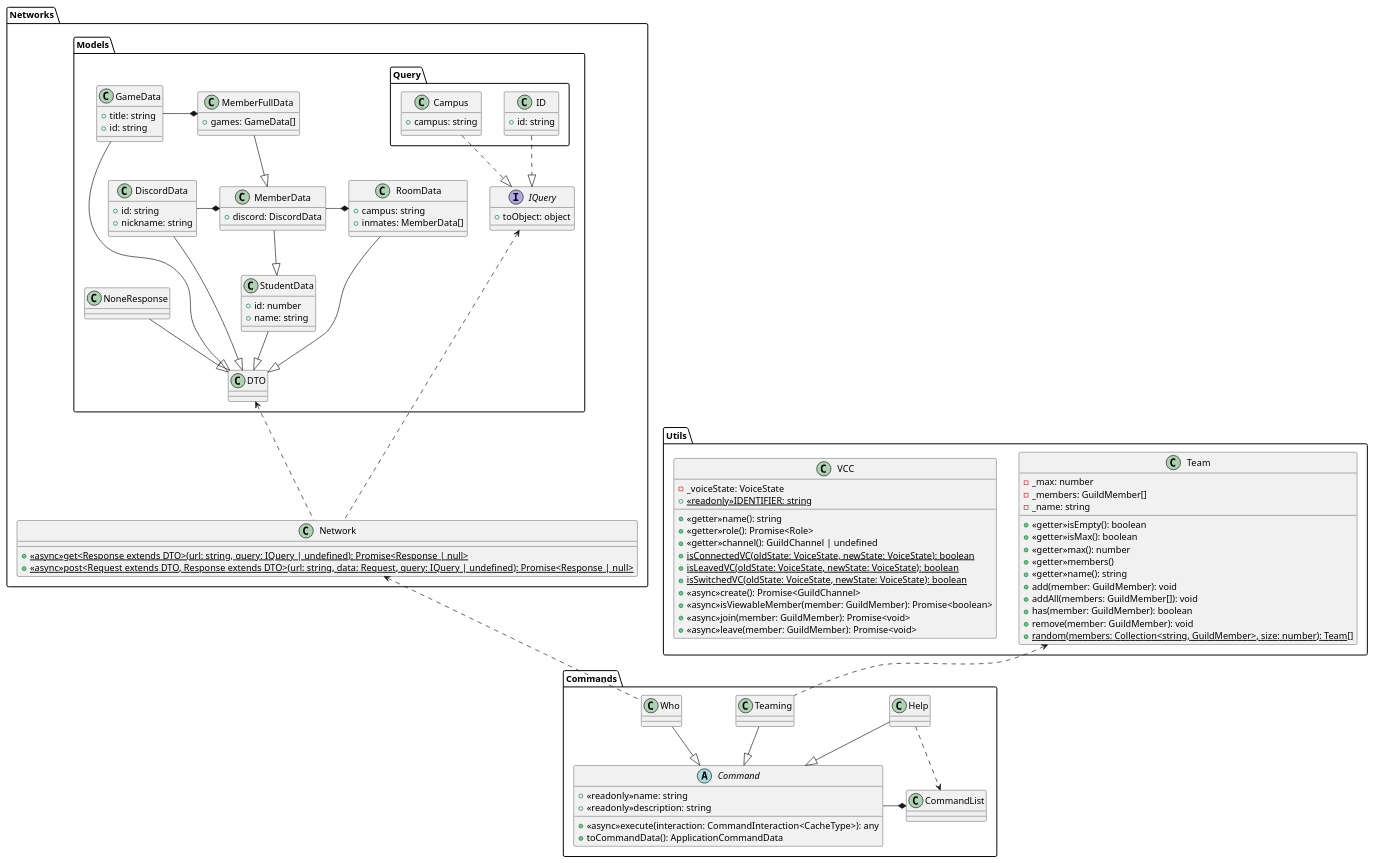
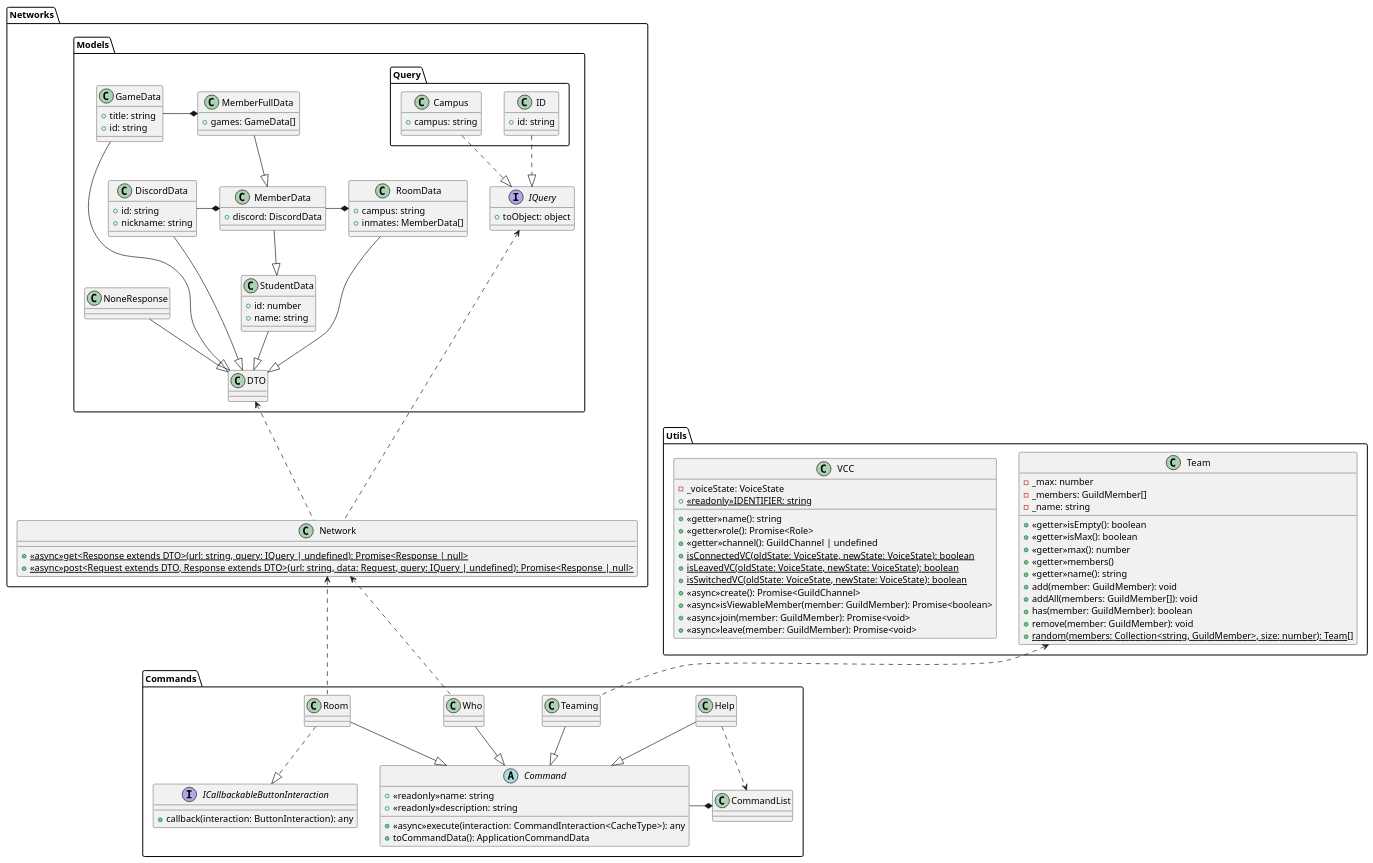
One commit to nmskm240/Discord-bot changed the diagram in classDiaglam.pu. Above: the diagram before and after it, drawn with PlantUML. The commit also changed 7 other files, not shown here.

Commit message:
create room command

```diff
--- a/classDiaglam.pu
+++ b/classDiaglam.pu
@@ -1,146 +1,155 @@
 @startuml Discord-bot
 
 package Commands
 {
     abstract class Command
     {
         +<<readonly>>name: string
         +<<readonly>>description: string
         +<<async>>execute(interaction: CommandInteraction<CacheType>): any
         +toCommandData(): ApplicationCommandData
     }
+    interface ICallbackableButtonInteraction
+    {
+        +callback(interaction: ButtonInteraction): any
+    }
     class CommandList
     class Help
+    class Room
     class Teaming
     class Who
 }
 
 package Networks
 {
     package Models
     {
         package Query
         {
             class ID
             {
                 +id: string
             }
 
             class Campus 
             {
                 +campus: string
             }
         }
 
         class RoomData
         {
             +campus: string
             +inmates: MemberData[]
         }
 
         class DiscordData
         {
             +id: string
             +nickname: string
         }
 
         class GameData
         {
             +title: string
             +id: string
         }
 
         class MemberData
         {
             +discord: DiscordData
         }
 
         class MemberFullData
         {
             +games: GameData[]
         }
 
         class StudentData 
         {
             +id: number
             +name: string
         }
 
         class NoneResponse
         class DTO
         interface IQuery
         {
             +toObject: object
         }
     }
 
     class Network
     {
         +<<async>>{static}get<Response extends DTO>(url: string, query: IQuery | undefined): Promise<Response | null>
         +<<async>>{static}post<Request extends DTO, Response extends DTO>(url: string, data: Request, query: IQuery | undefined): Promise<Response | null>
     }
 }
 
 package Utils
 {
     class Team
     {
         -_max: number
         -_members: GuildMember[]
         -_name: string
         +<<getter>>isEmpty(): boolean
         +<<getter>>isMax(): boolean
         +<<getter>>max(): number
         +<<getter>>members()
         +<<getter>>name(): string
         +add(member: GuildMember): void
         +addAll(members: GuildMember[]): void
         +has(member: GuildMember): boolean
         +remove(member: GuildMember): void
         +{static}random(members: Collection<string, GuildMember>, size: number): Team[]
     }
 
     class VCC
     {
         -_voiceState: VoiceState
         +<<getter>>name(): string
         +<<getter>>role(): Promise<Role>
         +<<getter>>channel(): GuildChannel | undefined
         +<<readonly>>{static}IDENTIFIER: string
         +{static}isConnectedVC(oldState: VoiceState, newState: VoiceState): boolean
         +{static}isLeavedVC(oldState: VoiceState, newState: VoiceState): boolean
         +{static}isSwitchedVC(oldState: VoiceState, newState: VoiceState): boolean
         +<<async>>create(): Promise<GuildChannel>
         +<<async>>isViewableMember(member: GuildMember): Promise<boolean>
         +<<async>>join(member: GuildMember): Promise<void>
         +<<async>>leave(member: GuildMember): Promise<void>
     }
 }
 
 Help --|> Command
+Room --|> Command
 Teaming --|> Command
 Who --|> Command
 
 RoomData --|> DTO
 DiscordData --|> DTO
 GameData --|> DTO
 StudentData --|> DTO
 NoneResponse --|> DTO
 MemberData --|> StudentData
 MemberFullData --|> MemberData
 
+Room ..|> ICallbackableButtonInteraction
+
 Campus ..|> IQuery
 ID ..|> IQuery
 
 Command -* CommandList
 DiscordData -* MemberData
 GameData -* MemberFullData
 MemberData -* RoomData
 
 Help ..> CommandList
 Teaming .up.> Team
+Room .up.> Network
 Who .up.> Network
 Network .up.> IQuery
 Network .up.> DTO
 
 @enduml
```
